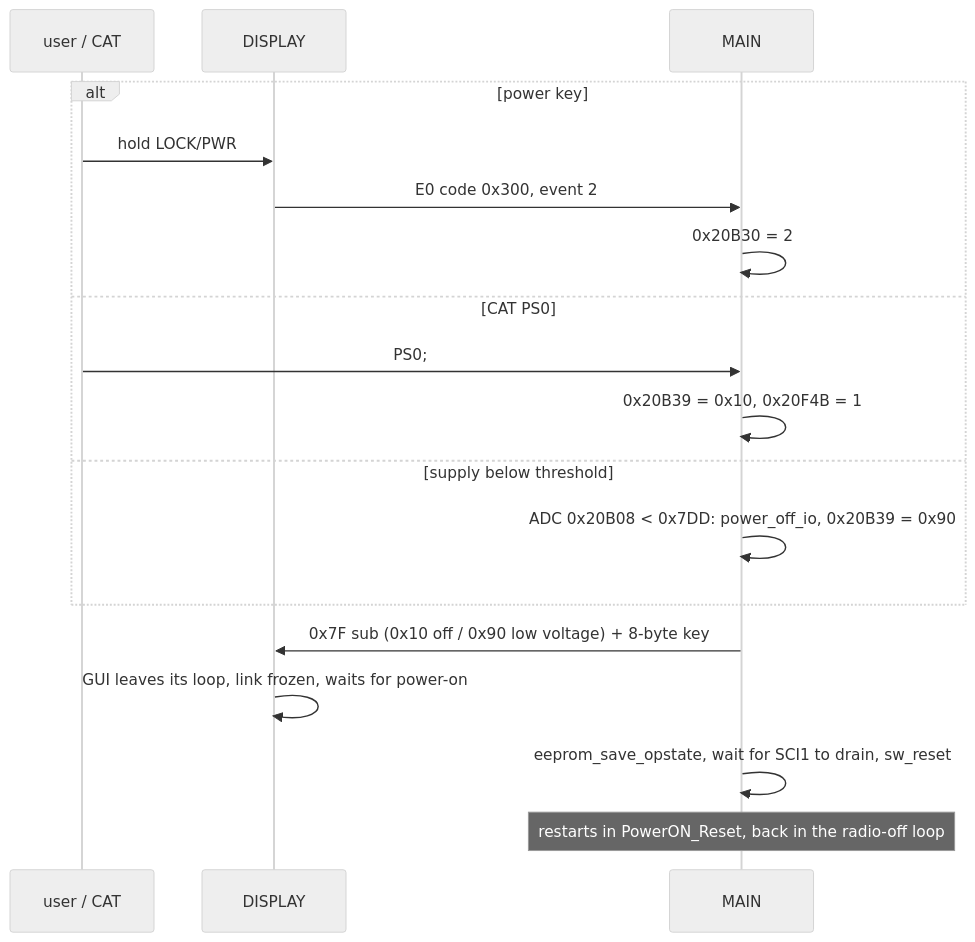
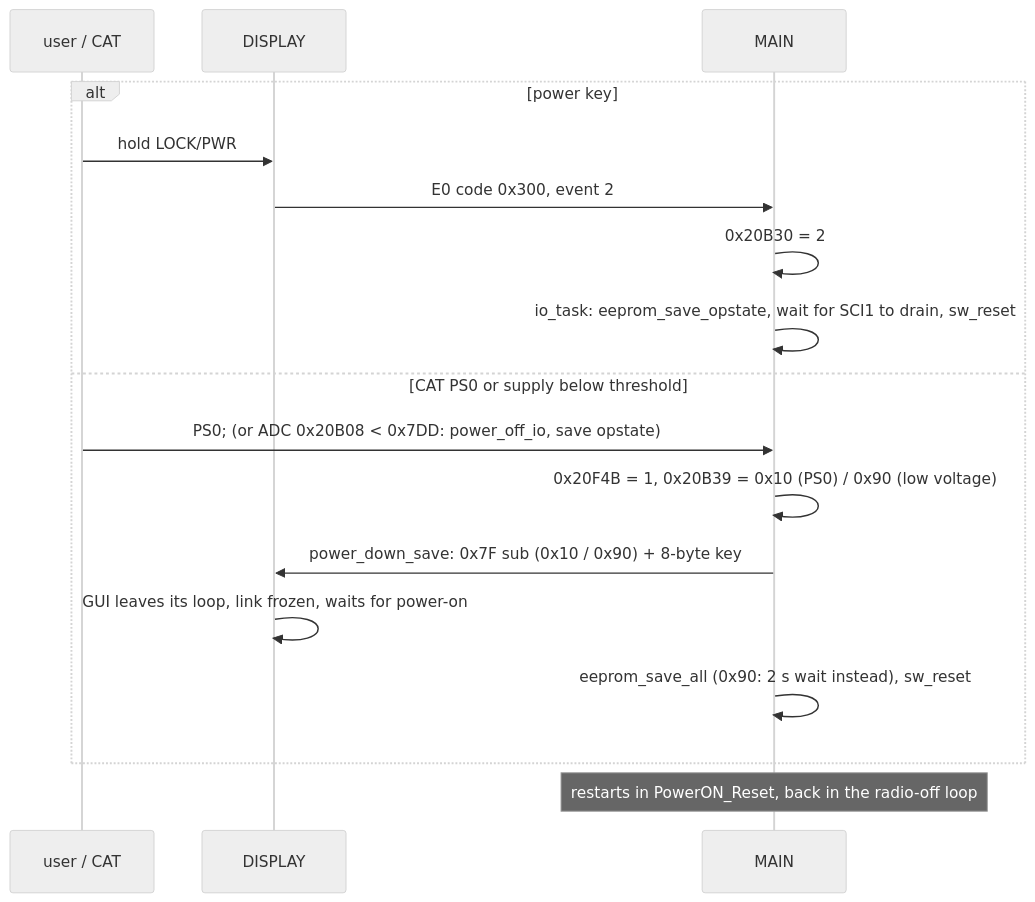
Before and after one commit to Reid-n0rc/FT-710_Firmware: the fifth of 14 diagrams in docs/code/system.md, drawn with Mermaid (neutral theme). The commit also changed other lines of this file and 5 other files, not shown here.

First line of the commit message:
T19h: supply ADC is AN003 (b1/e1); PS0 and power-key power-off exits traced (b2)

````diff
--- a/docs/code/system.md
+++ b/docs/code/system.md
@@ -236,20 +236,19 @@
 ```mermaid
 sequenceDiagram
   participant U as user / CAT
   participant D as DISPLAY
   participant M as MAIN
   alt power key
     U->>D: hold LOCK/PWR
     D->>M: E0 code 0x300, event 2
     M->>M: 0x20B30 = 2
-  else CAT PS0
-    U->>M: PS0#59;
-    M->>M: 0x20B39 = 0x10, 0x20F4B = 1
-  else supply below threshold
-    M->>M: ADC 0x20B08 < 0x7DD: power_off_io, 0x20B39 = 0x90
+    M->>M: io_task: eeprom_save_opstate, wait for SCI1 to drain, sw_reset
+  else CAT PS0 or supply below threshold
+    U->>M: PS0#59; (or ADC 0x20B08 < 0x7DD: power_off_io, save opstate)
+    M->>M: 0x20F4B = 1, 0x20B39 = 0x10 (PS0) / 0x90 (low voltage)
+    M->>D: power_down_save: 0x7F sub (0x10 / 0x90) + 8-byte key
+    D->>D: GUI leaves its loop, link frozen, waits for power-on
+    M->>M: eeprom_save_all (0x90: 2 s wait instead), sw_reset
   end
-  M->>D: 0x7F sub (0x10 off / 0x90 low voltage) + 8-byte key
-  D->>D: GUI leaves its loop, link frozen, waits for power-on
-  M->>M: eeprom_save_opstate, wait for SCI1 to drain, sw_reset
   Note over M: restarts in PowerON_Reset, back in the radio-off loop
 ```
````
